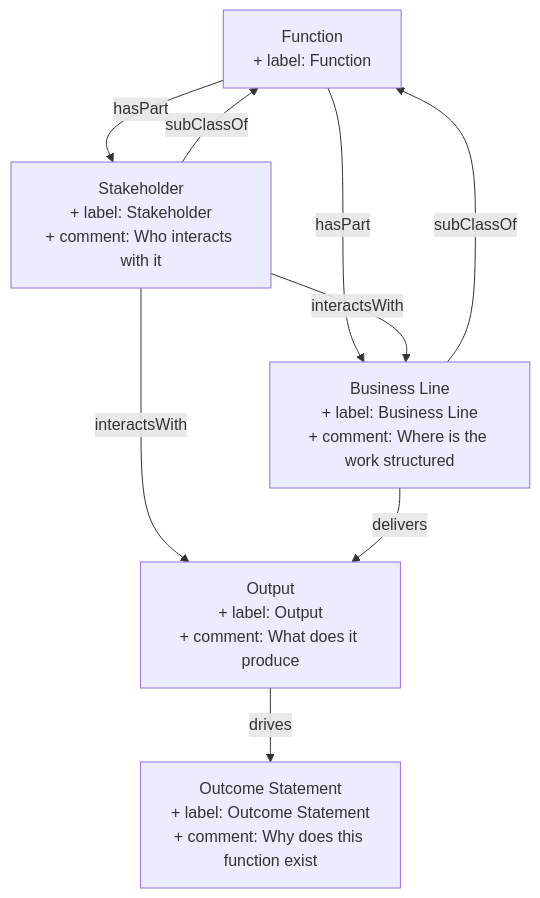
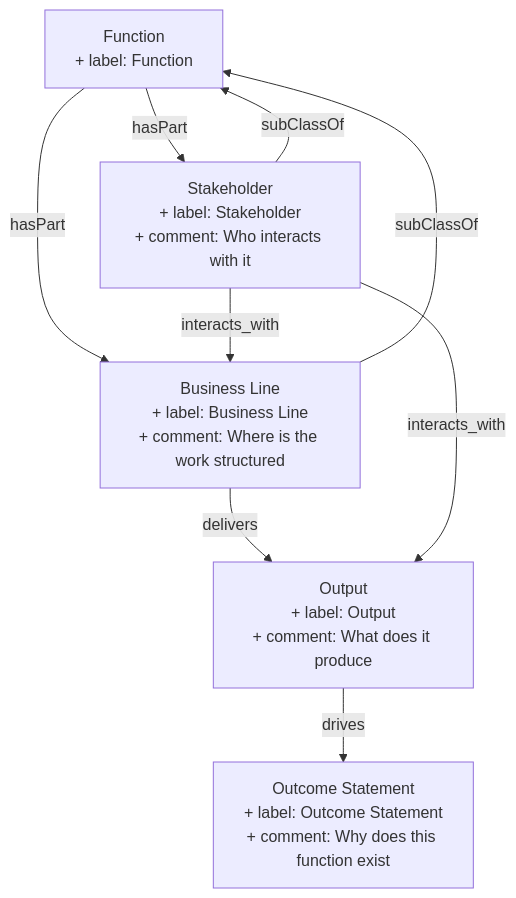
The diagram in content/function.md (heidingaway/heidi2), drawn with Mermaid before and after one commit. The commit also changed other lines of this file and 318 other files, not shown here.

````diff
--- a/content/function.md
+++ b/content/function.md
@@ -28,16 +29,16 @@
 ```mermaid
 graph TD
   Function["Function<br>+ label: Function"]:::current-page-node
   Stakeholder["Stakeholder<br>+ label: Stakeholder<br>+ comment: Who interacts with it"]
   Business_Line["Business Line<br>+ label: Business Line<br>+ comment: Where is the work structured"]
   Output["Output<br>+ label: Output<br>+ comment: What does it produce"]
   Outcome_Statement["Outcome Statement<br>+ label: Outcome Statement<br>+ comment: Why does this function exist"]
+  Stakeholder-->|" subClassOf "|Function
+  Business_Line-->|" delivers "|Output
+  Business_Line-->|" subClassOf "|Function
+  Function-->|" hasPart "|Stakeholder
+  Function-->|" hasPart "|Business_Line
+  Stakeholder-->|" interacts_with "|Output
   Output-->|" drives "|Outcome_Statement
-  Stakeholder-->|" subClassOf "|Function
-  Function-->|" hasPart "|Business_Line
-  Stakeholder-->|" interactsWith "|Output
-  Stakeholder-->|" interactsWith "|Business_Line
-  Function-->|" hasPart "|Stakeholder
-  Business_Line-->|" subClassOf "|Function
-  Business_Line-->|" delivers "|Output
+  Stakeholder-->|" interacts_with "|Business_Line
 ```
````
